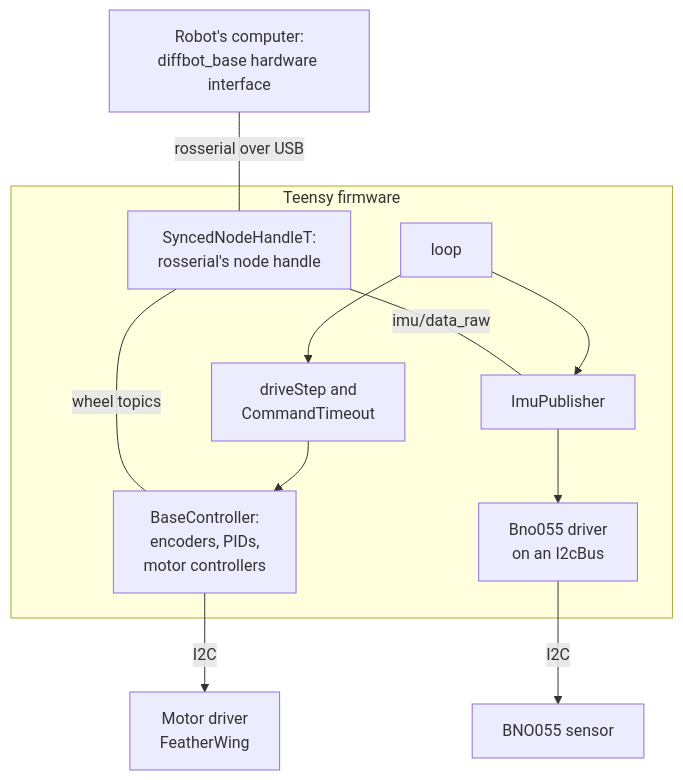
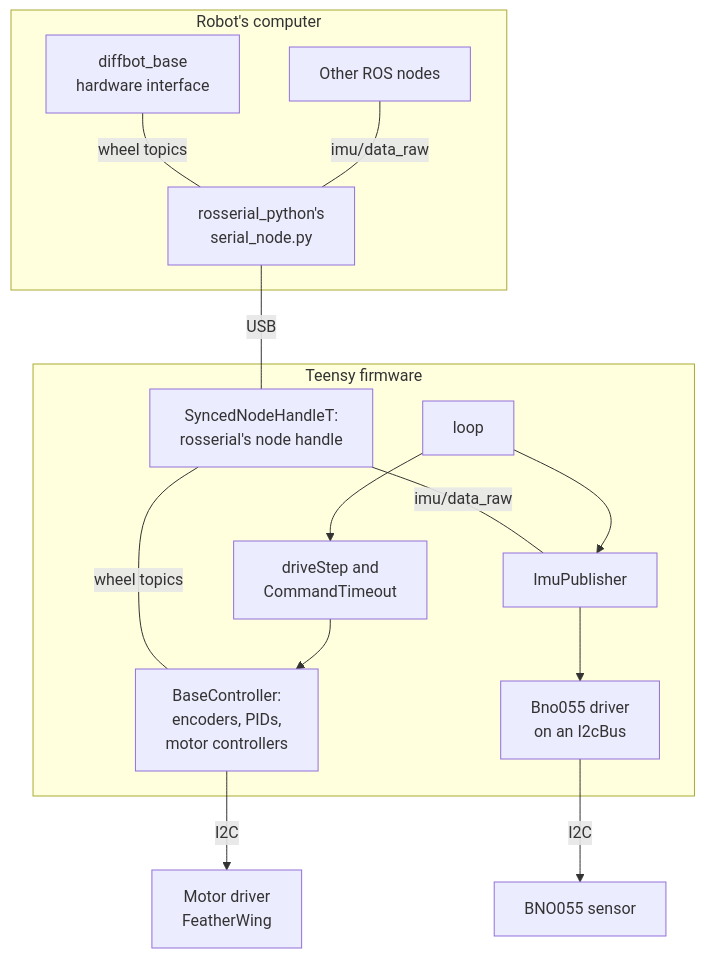
Before and after one commit to ros-mobile-robots/ros-mobile-robots.github.io: the first of 2 diagrams in docs/packages/diffbot_base/low-level.md, drawn with Mermaid. The commit also changed other lines of this file and 1 other file, not shown here.

First line of the commit message:
Low-Level Base Controller: rosserial node in the diagrams

````diff
--- a/docs/packages/diffbot_base/low-level.md
+++ b/docs/packages/diffbot_base/low-level.md
@@ -147,23 +147,29 @@
     ```mermaid
     graph TB
-      HW[Robot's computer:<br/>diffbot_base hardware interface]
+      subgraph PI [Robot's computer]
+        HW[diffbot_base<br/>hardware interface]
+        ROS[Other ROS nodes]
+        SN[rosserial_python's<br/>serial_node.py]
+      end
       subgraph TEENSY [Teensy firmware]
         NH[SyncedNodeHandleT:<br/>rosserial's node handle]
         LOOP[loop]
         DS[driveStep and<br/>CommandTimeout]
         BC[BaseController:<br/>encoders, PIDs,<br/>motor controllers]
         IP[ImuPublisher]
         BNO[Bno055 driver<br/>on an I2cBus]
       end
       FW[Motor driver<br/>FeatherWing]
       IMU[BNO055 sensor]
-      HW ---|rosserial over USB| NH
+      HW ---|wheel topics| SN
+      ROS ---|imu/data_raw| SN
+      SN ---|USB| NH
       NH ---|wheel topics| BC
       NH ---|imu/data_raw| IP
       LOOP --> DS
       DS --> BC
       LOOP --> IP
       IP --> BNO
       BC -->|I2C| FW
       BNO -->|I2C| IMU
     ```
````
